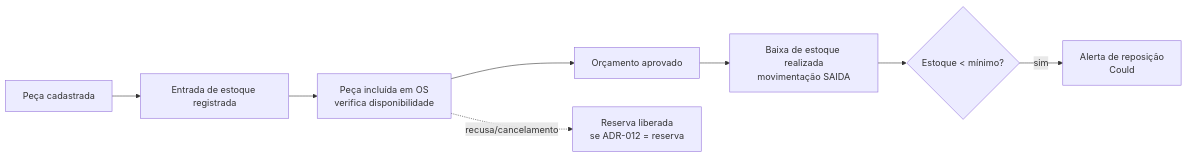
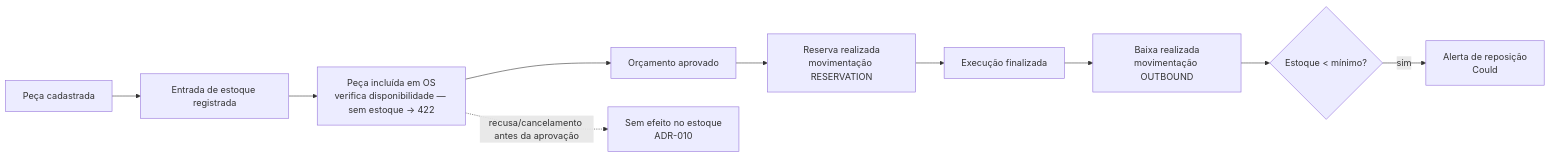
Before and after one commit to HermandoThiago/FIAP-SOAT: the diagram in docs/01-requisitos/PRD-002-catalogo-servicos-pecas-estoque.md, drawn with Mermaid. The commit also changed other lines of this file and 57 other files, not shown here.

````diff
--- a/docs/01-requisitos/PRD-002-catalogo-servicos-pecas-estoque.md
+++ b/docs/01-requisitos/PRD-002-catalogo-servicos-pecas-estoque.md
@@ -50,10 +53,12 @@
 ```mermaid
 flowchart LR
     A[Peça cadastrada] --> B[Entrada de estoque registrada]
-    B --> C[Peça incluída em OS<br/>verifica disponibilidade]
+    B --> C[Peça incluída em OS<br/>verifica disponibilidade — sem estoque → 422]
     C --> D[Orçamento aprovado]
-    D --> E[Baixa de estoque realizada<br/>movimentação SAIDA]
-    E --> F{Estoque < mínimo?}
-    F -- sim --> G[Alerta de reposição<br/>Could]
-    C -. recusa/cancelamento .-> H[Reserva liberada<br/>se ADR-012 = reserva]
+    D --> E[Reserva realizada<br/>movimentação RESERVATION]
+    E --> F[Execução finalizada]
+    F --> G[Baixa realizada<br/>movimentação OUTBOUND]
+    G --> H{Estoque < mínimo?}
+    H -- sim --> I[Alerta de reposição<br/>Could]
+    C -. recusa/cancelamento antes da aprovação .-> J[Sem efeito no estoque<br/>ADR-010]
 ```
````
